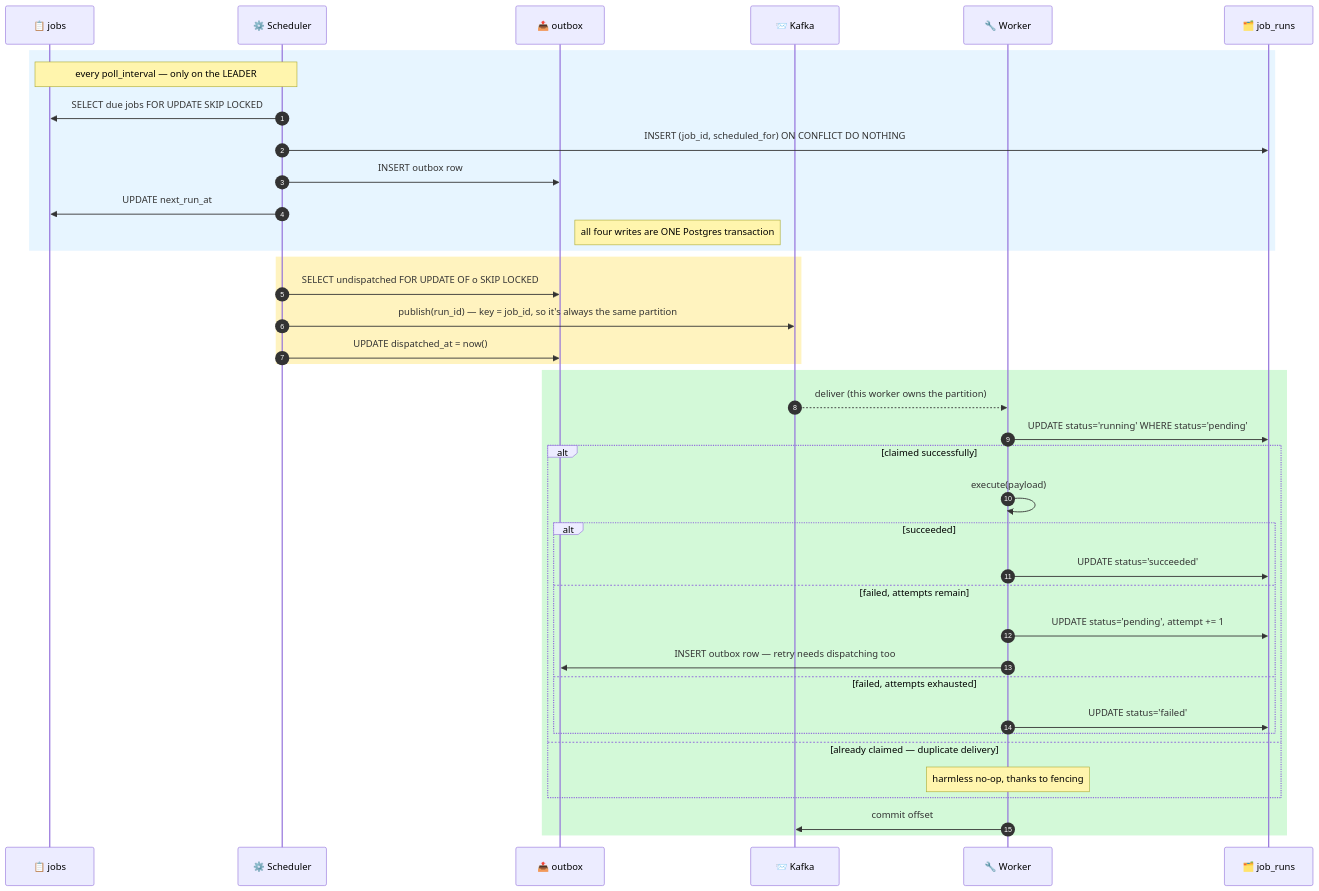
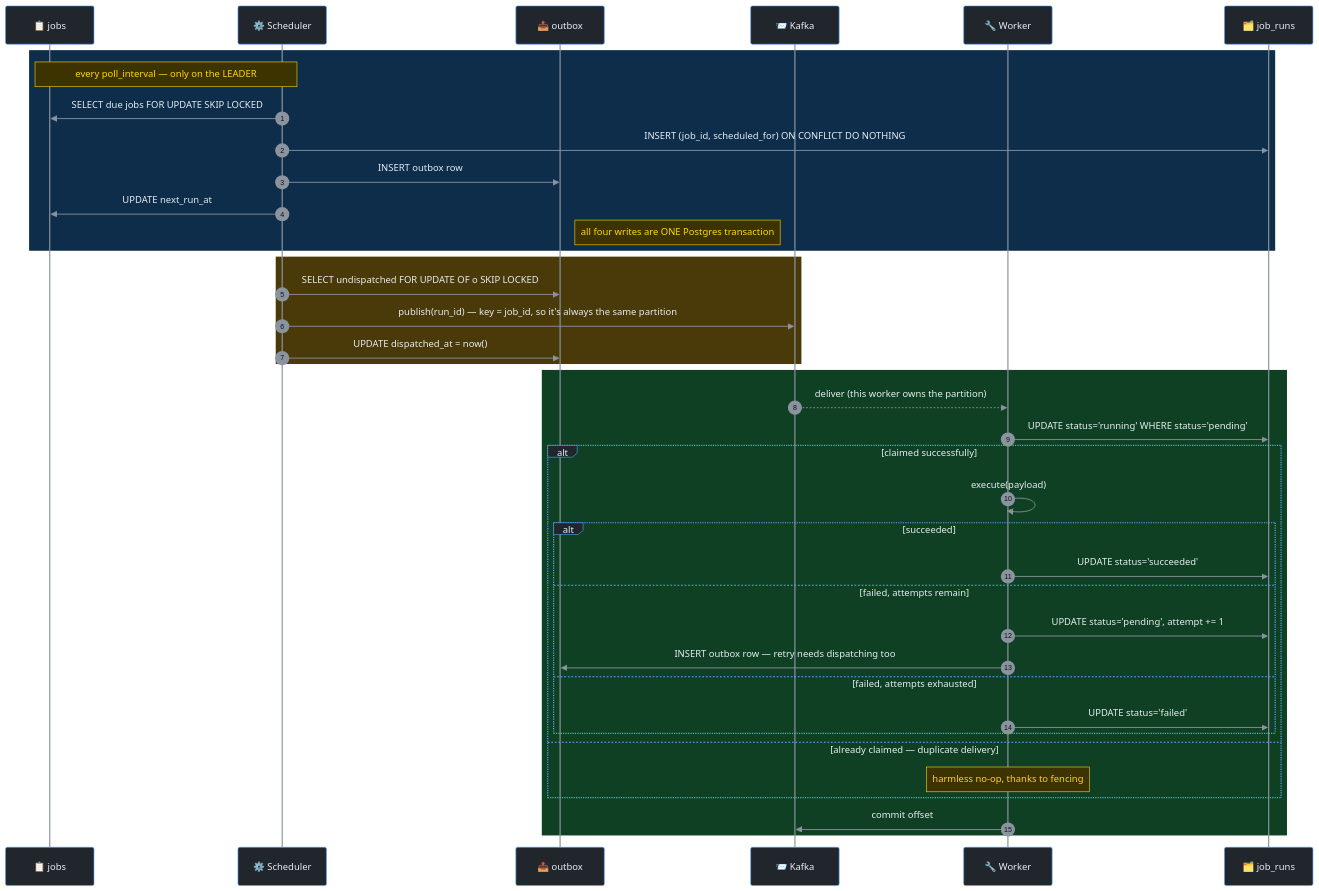
One commit to VaibhavDangaich/Orbit changed the second of 5 diagrams in README.md. Above: the diagram before and after it, drawn with Mermaid. The commit also changed other lines of this file, not shown here.

First line of the commit message:
Fix Mermaid diagram contrast on GitHub dark mode

````diff
--- a/README.md
+++ b/README.md
@@ -70,44 +79,68 @@
 ```mermaid
+%%{init: {'theme':'base', 'themeVariables': {
+  'background': '#0d1117',
+  'primaryColor': '#21262d',
+  'primaryTextColor': '#e6edf3',
+  'primaryBorderColor': '#58a6ff',
+  'lineColor': '#8b949e',
+  'textColor': '#e6edf3',
+  'actorBkg': '#21262d',
+  'actorBorder': '#58a6ff',
+  'actorTextColor': '#e6edf3',
+  'actorLineColor': '#8b949e',
+  'signalColor': '#8b949e',
+  'signalTextColor': '#e6edf3',
+  'labelBoxBkgColor': '#21262d',
+  'labelBoxBorderColor': '#58a6ff',
+  'labelTextColor': '#e6edf3',
+  'loopTextColor': '#e6edf3',
+  'noteBkgColor': '#3d3300',
+  'noteTextColor': '#ffd60a',
+  'noteBorderColor': '#ffd60a',
+  'activationBkgColor': '#30363d',
+  'activationBorderColor': '#58a6ff',
+  'sequenceNumberColor': '#0d1117'
+}}}%%
 sequenceDiagram
     autonumber
     participant J as 📋 jobs
     participant S as ⚙️ Scheduler
     participant O as 📤 outbox
     participant K as 📨 Kafka
     participant W as 🔧 Worker
     participant R as 🗂️ job_runs
 
-    rect rgb(231, 245, 255)
+    rect rgb(13, 45, 74)
     Note over S,J: every poll_interval — only on the LEADER
     S->>J: SELECT due jobs FOR UPDATE SKIP LOCKED
     S->>R: INSERT (job_id, scheduled_for) ON CONFLICT DO NOTHING
     S->>O: INSERT outbox row
     S->>J: UPDATE next_run_at
     Note right of O: all four writes are ONE Postgres transaction
     end
 
-    rect rgb(255, 243, 191)
+    rect rgb(74, 58, 10)
     S->>O: SELECT undispatched FOR UPDATE OF o SKIP LOCKED
     S->>K: publish(run_id) — key = job_id, so it's always the same partition
     S->>O: UPDATE dispatched_at = now()
     end
 
-    rect rgb(211, 249, 216)
+    rect rgb(15, 64, 35)
     K-->>W: deliver (this worker owns the partition)
     W->>R: UPDATE status='running' WHERE status='pending'
     alt claimed successfully
         W->>W: execute(payload)
         alt succeeded
             W->>R: UPDATE status='succeeded'
         else failed, attempts remain
             W->>R: UPDATE status='pending', attempt += 1
             W->>O: INSERT outbox row — retry needs dispatching too
         else failed, attempts exhausted
             W->>R: UPDATE status='failed'
         end
     else already claimed — duplicate delivery
         Note over W: harmless no-op, thanks to fencing
     end
     W->>K: commit offset
     end
 ```
````
